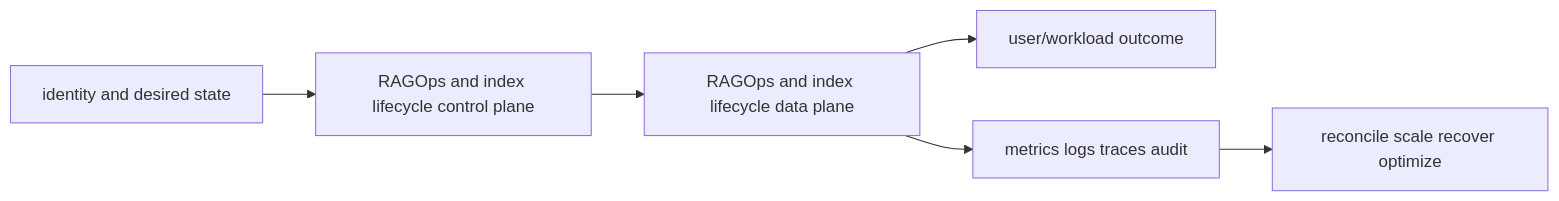
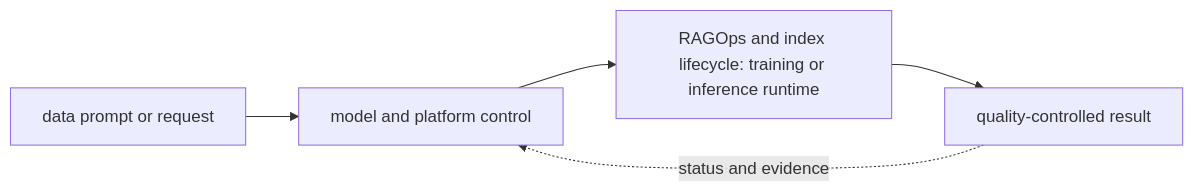
One commit to tomkidumbuyo/DevOps-interview-preparation changed the diagram in 11-ai-platform/08-mlops-and-llmops-lifecycle/18-ragops-index-lifecycle/README.md. Above: the diagram before and after it, drawn with Mermaid. The commit also changed other lines of this file and 753 other files, not shown here.

````diff
--- a/11-ai-platform/08-mlops-and-llmops-lifecycle/18-ragops-index-lifecycle/README.md
+++ b/11-ai-platform/08-mlops-and-llmops-lifecycle/18-ragops-index-lifecycle/README.md
@@ -19,8 +31,7 @@
 ```mermaid
 flowchart LR
-  I[identity and desired state] --> C[RAGOps and index lifecycle control plane]
-  C --> D[RAGOps and index lifecycle data plane]
-  D --> U[user/workload outcome]
-  D --> O[metrics logs traces audit]
-  O --> R[reconcile scale recover optimize]
+  A["data prompt or request"] --> B["model and platform control"]
+  B --> C["RAGOps and index lifecycle: training or inference runtime"]
+  C --> D["quality-controlled result"]
+  D -. "status and evidence" .-> B
 ```
````
